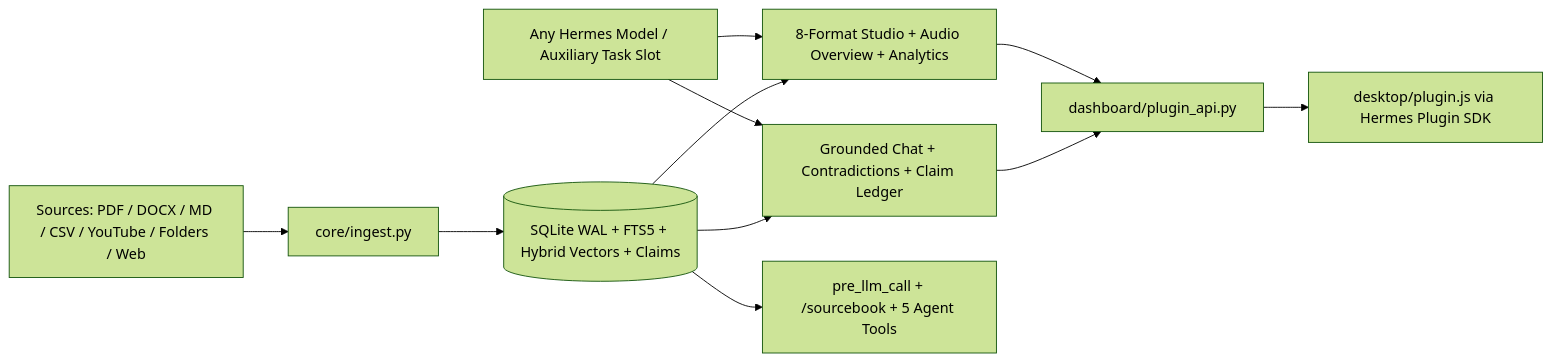
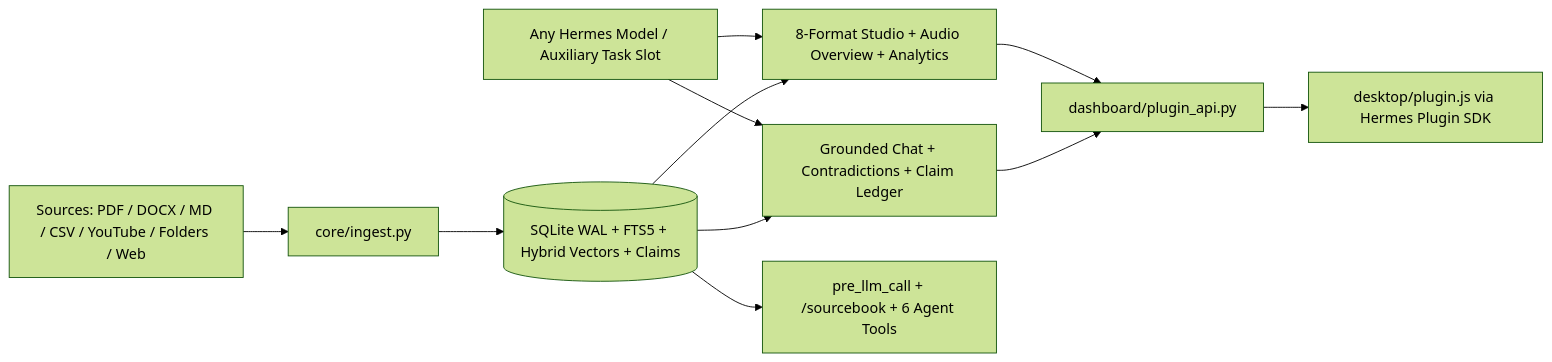
Before and after one commit to abundantbeing/sourcebook: the diagram in README.md, drawn with Mermaid (forest theme). The commit also changed other lines of this file, not shown here.

Commit message:
docs(readme): finalize v0.1.0 launch README with responsive layout and 6 agent tools

````diff
--- a/README.md
+++ b/README.md
@@ -130,13 +131,13 @@
 ```mermaid
 flowchart LR
   U[Sources: PDF / DOCX / MD / CSV / YouTube / Folders / Web] --> I[core/ingest.py]
   I --> S[(SQLite WAL + FTS5 + Hybrid Vectors + Claims)]
   S --> Q[Grounded Chat + Contradictions + Claim Ledger]
   S --> ST[8-Format Studio + Audio Overview + Analytics]
   M[Any Hermes Model / Auxiliary Task Slot] --> Q
   M --> ST
   Q --> API[dashboard/plugin_api.py]
   ST --> API
   API --> UI[desktop/plugin.js via Hermes Plugin SDK]
-  S --> HOOK[pre_llm_call + /sourcebook + 5 Agent Tools]
+  S --> HOOK[pre_llm_call + /sourcebook + 6 Agent Tools]
 ```
````
